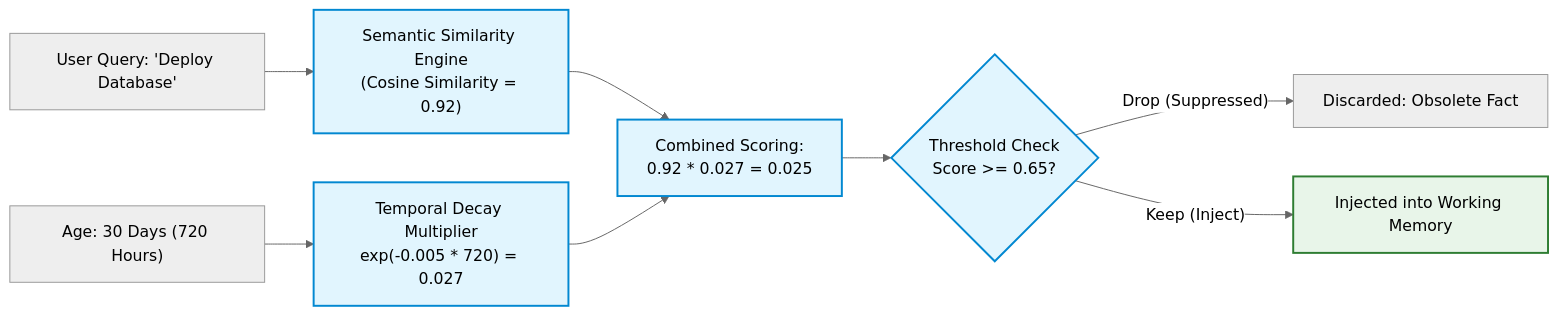
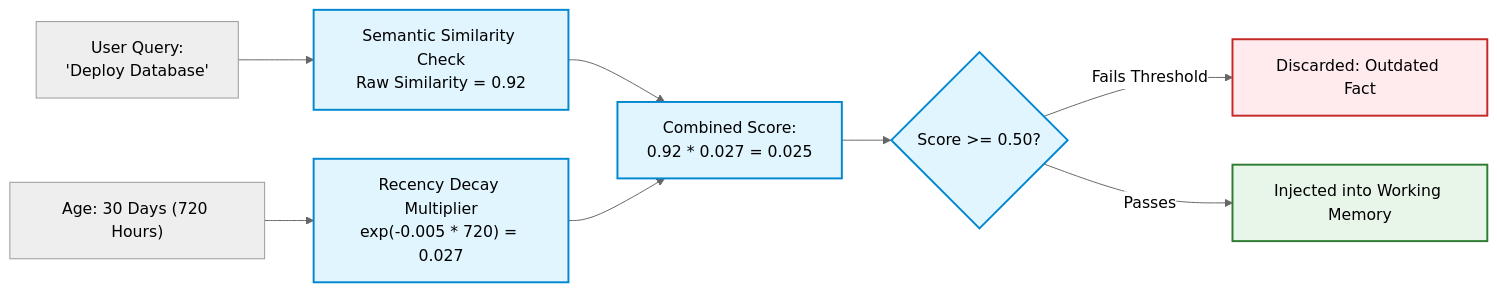
Before and after one commit to dip4k/senior-engineer-to-ai-engineer-roadmap: the third of 5 diagrams in 04-agentic-systems-and-orchestration/04-agent-memory-systems-and-cognitive-architectures.md, drawn with Mermaid (neutral theme). The commit also changed other lines of this file and 11 other files, not shown here.

````diff
--- a/04-agentic-systems-and-orchestration/04-agent-memory-systems-and-cognitive-architectures.md
+++ b/04-agentic-systems-and-orchestration/04-agent-memory-systems-and-cognitive-architectures.md
@@ -110,14 +103,15 @@
 ```mermaid
 flowchart LR
     classDef calc fill:#e1f5fe,stroke:#0288d1,stroke-width:2px;
-    classDef score fill:#e8f5e9,stroke:#2e7d32,stroke-width:2px;
+    classDef pass fill:#e8f5e9,stroke:#2e7d32,stroke-width:2px;
+    classDef drop fill:#ffebee,stroke:#c62828,stroke-width:2px;
 
-    Q["User Query: 'Deploy Database'"] --> Sim["Semantic Similarity Engine\n(Cosine Similarity = 0.92)"]:::calc
-    Time["Age: 30 Days (720 Hours)"] --> Decay["Temporal Decay Multiplier\nexp(-0.005 * 720) = 0.027"]:::calc
+    Q["User Query:\n'Deploy Database'"] --> Sim["Semantic Similarity Check\nRaw Similarity = 0.92"]:::calc
+    Time["Age: 30 Days (720 Hours)"] --> Decay["Recency Decay Multiplier\nexp(-0.005 * 720) = 0.027"]:::calc
     
-    Sim & Decay --> Multiplier["Combined Scoring:\n0.92 * 0.027 = 0.025"]:::calc
-    Multiplier --> Filter{"Threshold Check\nScore >= 0.65?"}:::calc
+    Sim & Decay --> Combine["Combined Score:\n0.92 * 0.027 = 0.025"]:::calc
+    Combine --> Threshold{"Score >= 0.50?"}:::calc
     
-    Filter -- "Drop (Suppressed)" --> Trash["Discarded: Obsolete Fact"]
-    Filter -- "Keep (Inject)" --> Context["Injected into Working Memory"]:::score
+    Threshold -- "Fails Threshold" --> Drop["Discarded: Outdated Fact"]:::drop
+    Threshold -- "Passes" --> Keep["Injected into Working Memory"]:::pass
 ```
````
